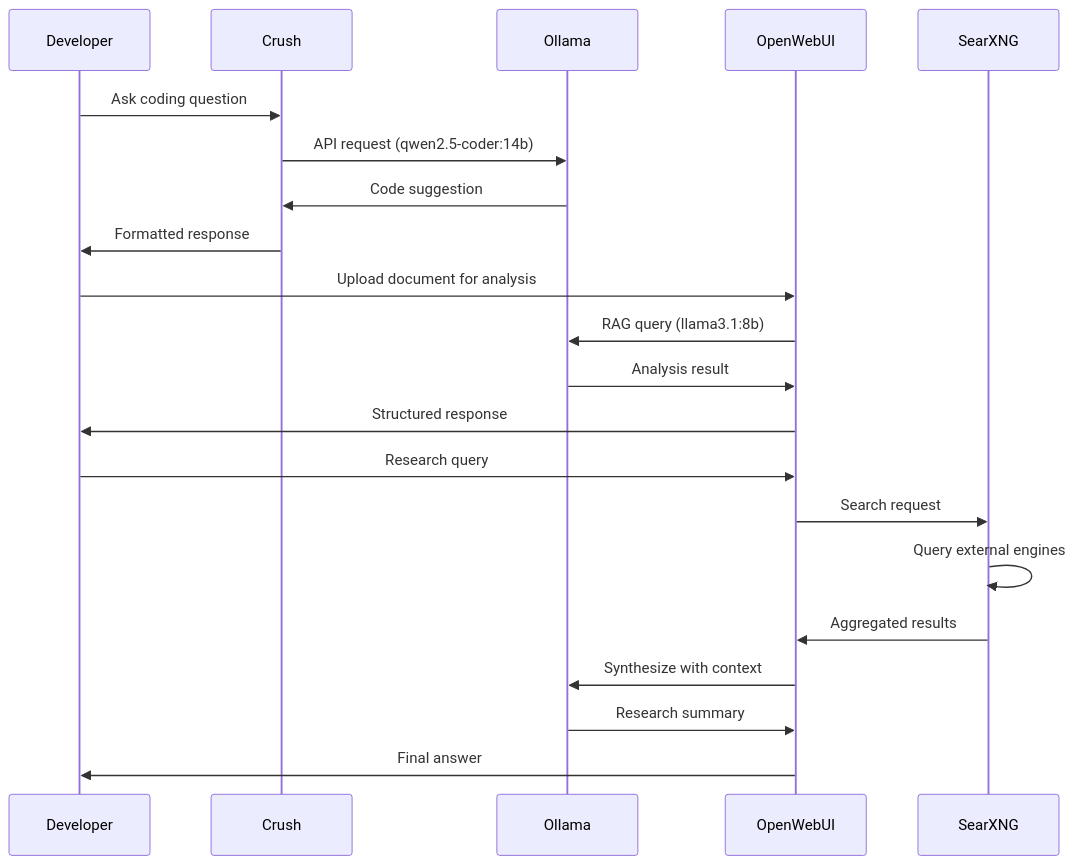
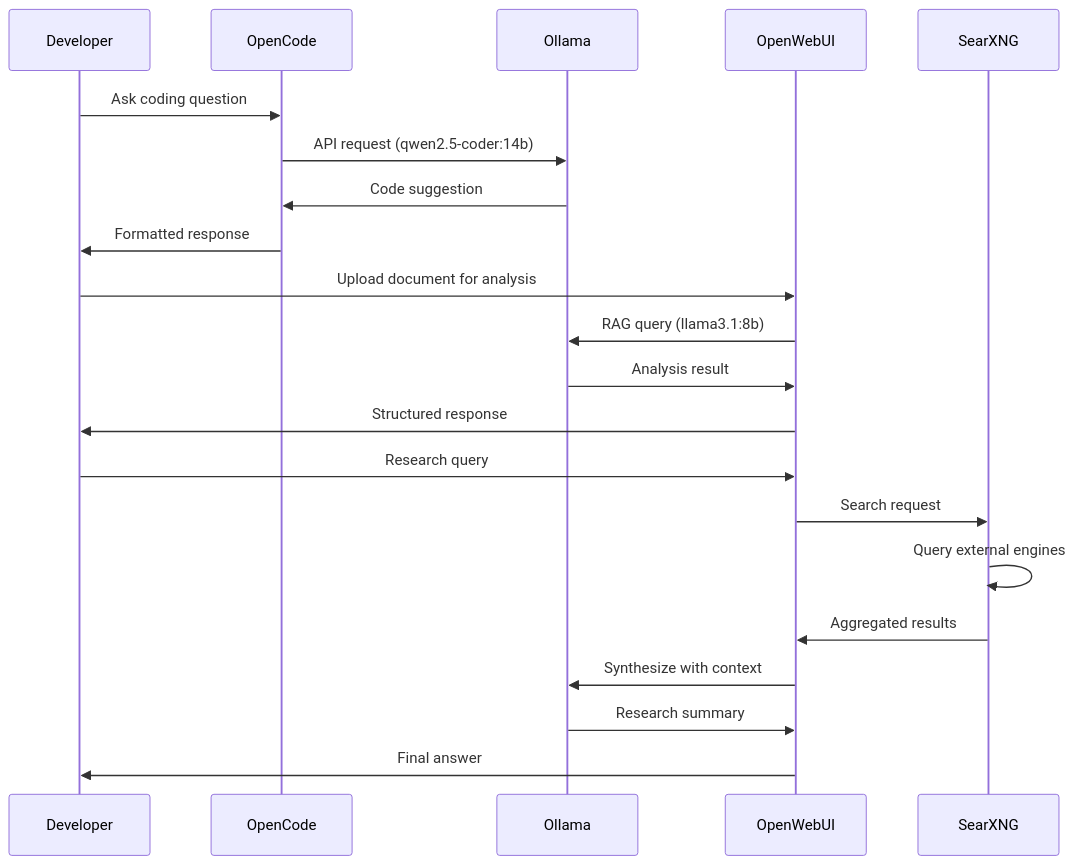
The second of 2 diagrams in docs/ARCHITECTURE.md (danielpsf/ai-experiments), drawn with Mermaid before and after one commit. The commit also changed other lines of this file and 2 other files, not shown here.

First line of the commit message:
docs: migrate all documentation from Crush to OpenCode

````diff
--- a/docs/ARCHITECTURE.md
+++ b/docs/ARCHITECTURE.md
@@ -282,26 +282,26 @@
 ```mermaid
 sequenceDiagram
     participant D as Developer
-    participant C as Crush
+    participant C as OpenCode
     participant O as Ollama
     participant W as OpenWebUI
     participant S as SearXNG
     
     D->>C: Ask coding question
     C->>O: API request (qwen2.5-coder:14b)
     O->>C: Code suggestion
     C->>D: Formatted response
     
     D->>W: Upload document for analysis
     W->>O: RAG query (llama3.1:8b)
     O->>W: Analysis result
     W->>D: Structured response
     
     D->>W: Research query
     W->>S: Search request
     S->>S: Query external engines
     S->>W: Aggregated results
     W->>O: Synthesize with context
     O->>W: Research summary
     W->>D: Final answer
 ```
````
